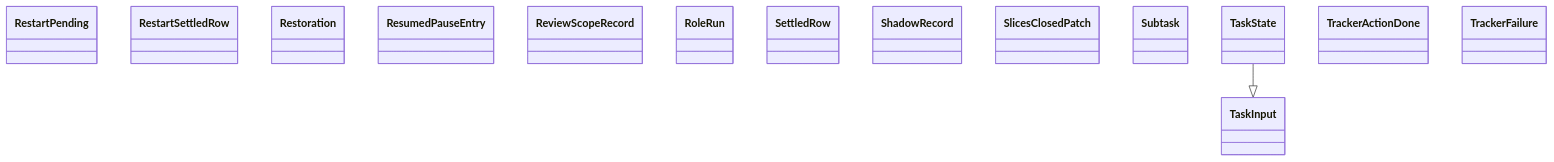
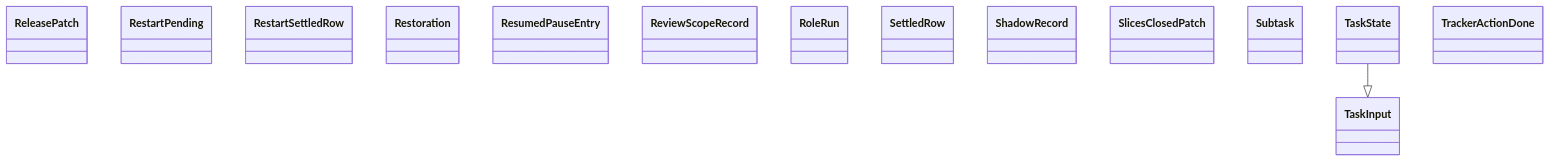
Before and after one commit to GonzaloZevallos/agentic-system: the diagram in docs/architecture/generated/classes-process-domain-state-7.md, drawn with Mermaid. The commit also changed other lines of this file and 12 other files, not shown here.

````diff
--- a/docs/architecture/generated/classes-process-domain-state-7.md
+++ b/docs/architecture/generated/classes-process-domain-state-7.md
@@ -27,18 +27,18 @@
 ```mermaid
 classDiagram
+    class task__ReleasePatch["ReleasePatch"]
     class task__RestartPending["RestartPending"]
     class task__RestartSettledRow["RestartSettledRow"]
     class task__Restoration["Restoration"]
     class task__ResumedPauseEntry["ResumedPauseEntry"]
     class task__ReviewScopeRecord["ReviewScopeRecord"]
     class task__RoleRun["RoleRun"]
     class task__SettledRow["SettledRow"]
     class task__ShadowRecord["ShadowRecord"]
     class task__SlicesClosedPatch["SlicesClosedPatch"]
     class task__Subtask["Subtask"]
     class task__TaskInput["TaskInput"]
     class task__TaskState["TaskState"]
     class task__TrackerActionDone["TrackerActionDone"]
-    class task__TrackerFailure["TrackerFailure"]
     task__TaskState --|> task__TaskInput
 ```
````
